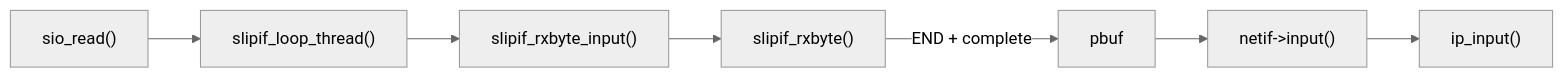
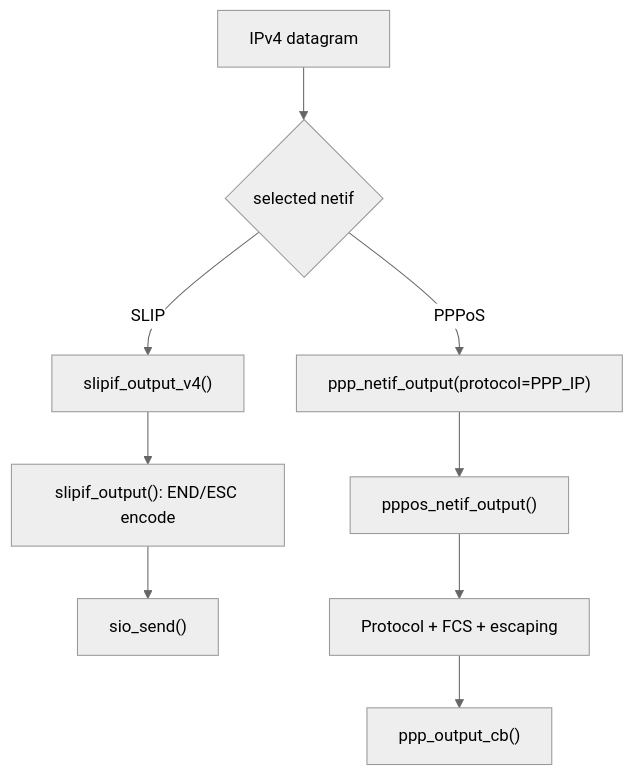
Before and after one commit to wdfk-prog/lwIP-Source-Lab: the second of 4 diagrams in docs/31-slip-vs-pppos.md, drawn with Mermaid (neutral theme). The commit also changed other lines of this file and 49 other files, not shown here.

````diff
--- a/docs/31-slip-vs-pppos.md
+++ b/docs/31-slip-vs-pppos.md
@@ -244,9 +45,12 @@
 ```mermaid
-flowchart LR
-    A["sio_read()"] --> B["slipif_loop_thread()"]
-    B --> C["slipif_rxbyte_input()"]
-    C --> D["slipif_rxbyte()"]
-    D -->|"END + complete"| E["pbuf"]
-    E --> F["netif->input()"]
-    F --> G["ip_input()"]
+flowchart TD
+    A["IPv4 datagram"] --> B{"selected netif"}
+    B -->|SLIP| C["slipif_output_v4()"]
+    C --> D["slipif_output(): END/ESC encode"]
+    D --> E["sio_send()"]
+
+    B -->|PPPoS| F["ppp_netif_output(protocol=PPP_IP)"]
+    F --> G["pppos_netif_output()"]
+    G --> H["Protocol + FCS + escaping"]
+    H --> I["ppp_output_cb()"]
 ```
````
